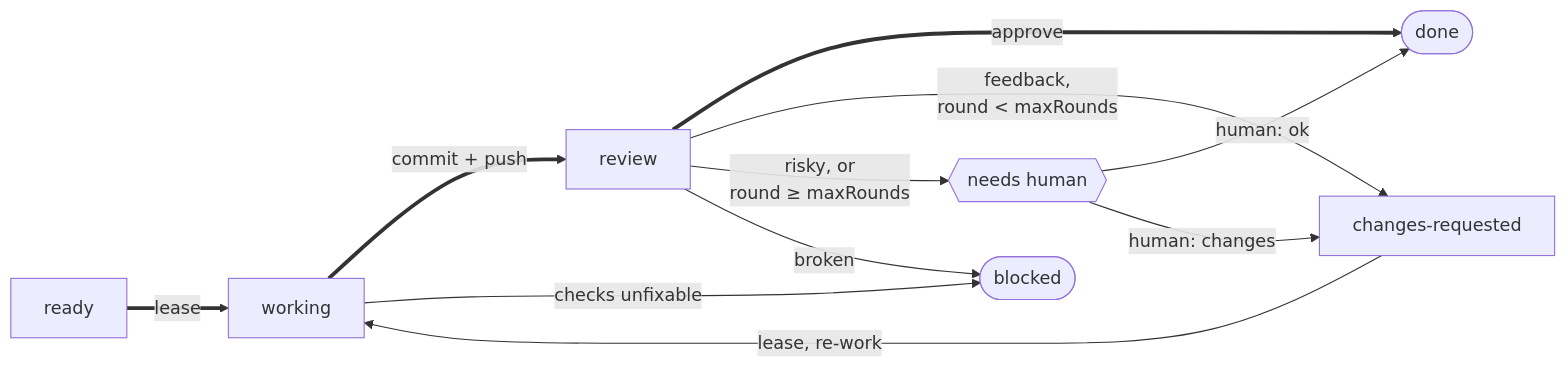
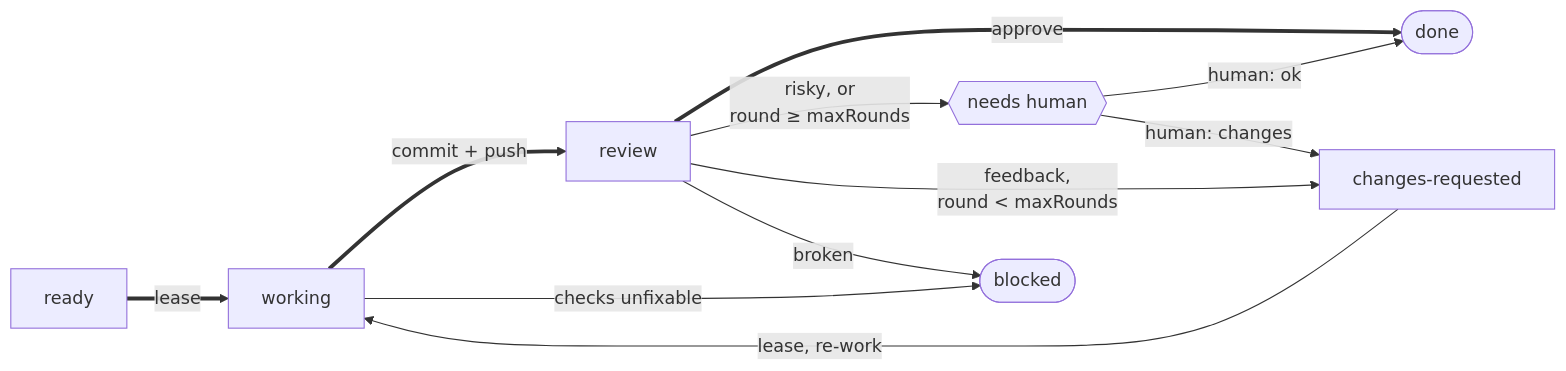
Before and after one commit to TitusKirch/skills: the diagram in skills/work/work-implement/REFERENCE.md, drawn with Mermaid. The commit also changed 2 other files, not shown here.

Commit message:
docs: order diagram nodes so no edges cross
Both remaining tangles were the same shape: two sources each pointing at two targets, which
forces one crossing in a layered layout and drops the two edge labels on top of each other.
It is fixed by ordering, not redrawing — a node with two outgoing edges has to sit between
the other sources, so every edge converges instead of crossing. Same rule puts needs-human
next to its two targets rather than jumping over changes-requested.

The trigger graph also lost its "never autonomously" edge. Drawing an arrow for an
invocation that never happens was both the second crossing and a contradiction: the absence
of the arrow is the statement, and the prose above already made it.

````diff
--- a/skills/work/work-implement/REFERENCE.md
+++ b/skills/work/work-implement/REFERENCE.md
@@ -87,16 +87,16 @@
 ```mermaid
 flowchart LR
   ready["ready"] ==>|"lease"| working["working"]
   working ==>|"commit + push"| review["review"]
   review ==>|"approve"| done(["done"])
 
-  review -->|"feedback,<br/>round &lt; maxRounds"| changes["changes-requested"]
-  changes -->|"lease, re-work"| working
-
   review -->|"risky, or<br/>round ≥ maxRounds"| human{{"needs human"}}
   human -->|"human: ok"| done
-  human -->|"human: changes"| changes
+  human -->|"human: changes"| changes["changes-requested"]
+
+  review -->|"feedback,<br/>round &lt; maxRounds"| changes
+  changes -->|"lease, re-work"| working
 
   working -->|"checks unfixable"| blocked(["blocked"])
   review -->|"broken"| blocked
 ```
````
